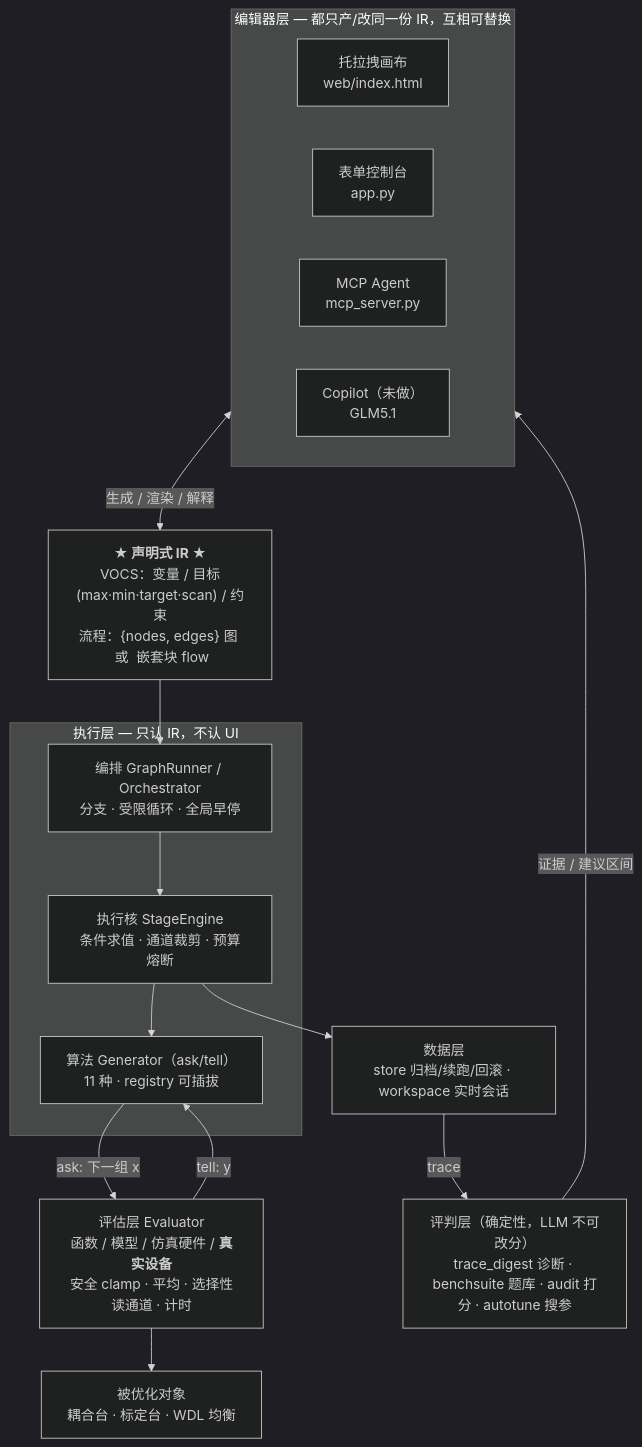
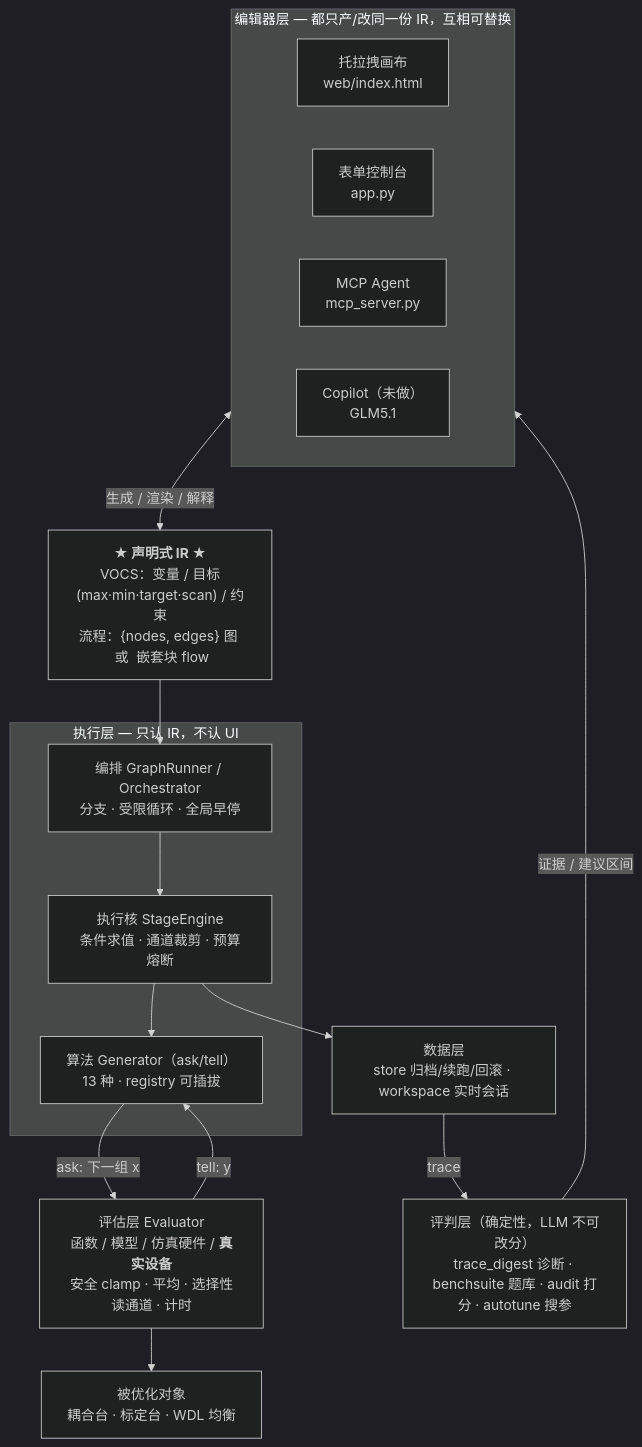
Before and after one commit to TimNiegml/optimization-platform: the diagram in ARCHITECTURE.md, drawn with Mermaid (dark theme). The commit also changed other lines of this file and 11 other files, not shown here.

````diff
--- a/ARCHITECTURE.md
+++ b/ARCHITECTURE.md
@@ -14,33 +14,33 @@
 ```mermaid
 flowchart TB
     subgraph EDIT["编辑器层 — 都只产/改同一份 IR，互相可替换"]
       direction LR
       CANVAS["托拉拽画布<br/>web/index.html"]
       FORM["表单控制台<br/>app.py"]
       AGENT["MCP Agent<br/>mcp_server.py"]
       COPILOT["Copilot（未做）<br/>GLM5.1"]
     end
 
     IR["<b>★ 声明式 IR ★</b><br/>VOCS：变量 / 目标(max·min·target·scan) / 约束<br/>流程：{nodes, edges} 图 &nbsp;或&nbsp; 嵌套块 flow"]
 
     subgraph RUN["执行层 — 只认 IR，不认 UI"]
       ORCH["编排 GraphRunner / Orchestrator<br/>分支 · 受限循环 · 全局早停"]
       ENG["执行核 StageEngine<br/>条件求值 · 通道裁剪 · 预算熔断"]
-      GEN["算法 Generator（ask/tell）<br/>11 种 · registry 可插拔"]
+      GEN["算法 Generator（ask/tell）<br/>13 种 · registry 可插拔"]
     end
 
     EVAL["评估层 Evaluator<br/>函数 / 模型 / 仿真硬件 / <b>真实设备</b><br/>安全 clamp · 平均 · 选择性读通道 · 计时"]
     OBJ["被优化对象<br/>耦合台 · 标定台 · WDL 均衡"]
 
     JUDGE["评判层（确定性，LLM 不可改分）<br/>trace_digest 诊断 · benchsuite 题库 · audit 打分 · autotune 搜参"]
     DATA["数据层<br/>store 归档/续跑/回滚 · workspace 实时会话"]
 
     EDIT <-->|生成 / 渲染 / 解释| IR
     IR --> ORCH --> ENG --> GEN
     GEN -->|ask: 下一组 x| EVAL
     EVAL -->|tell: y| GEN
     EVAL --> OBJ
     ENG --> DATA
     DATA -->|trace| JUDGE
     JUDGE -->|证据 / 建议区间| EDIT
 ```
````
